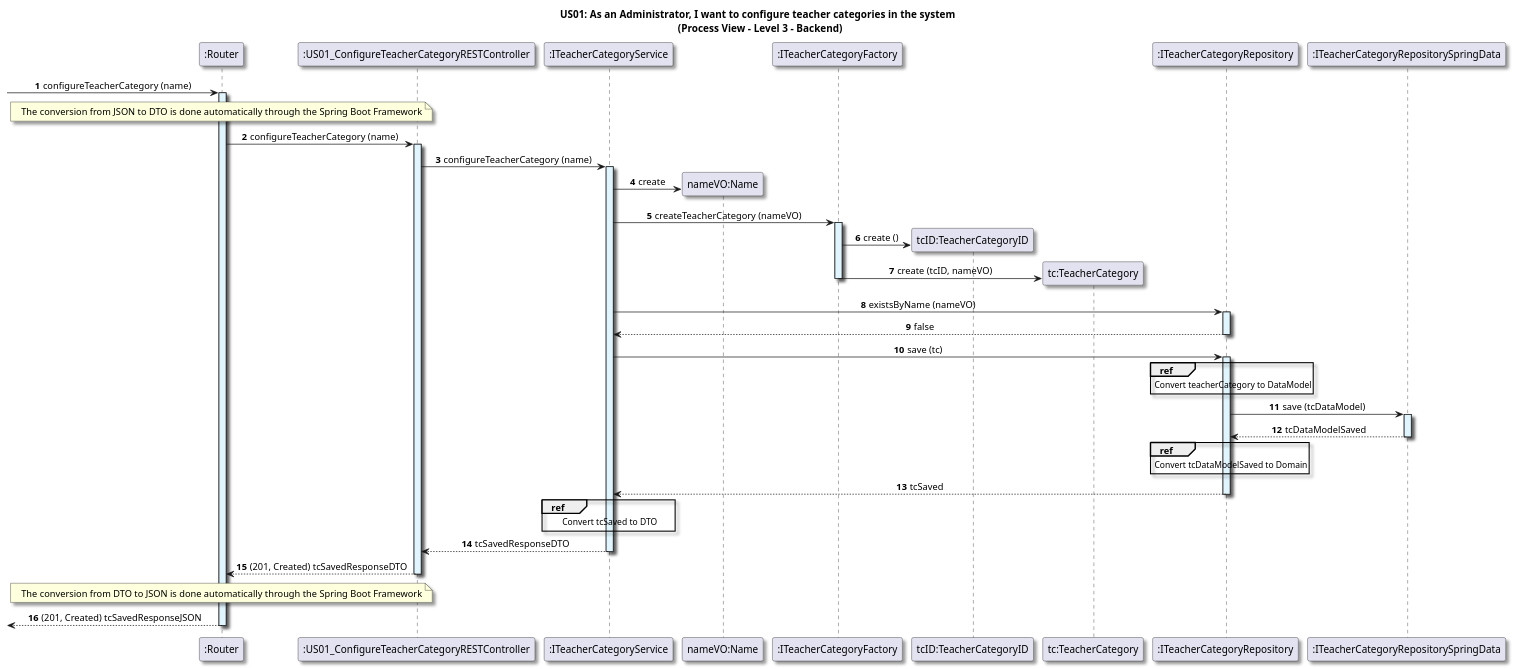
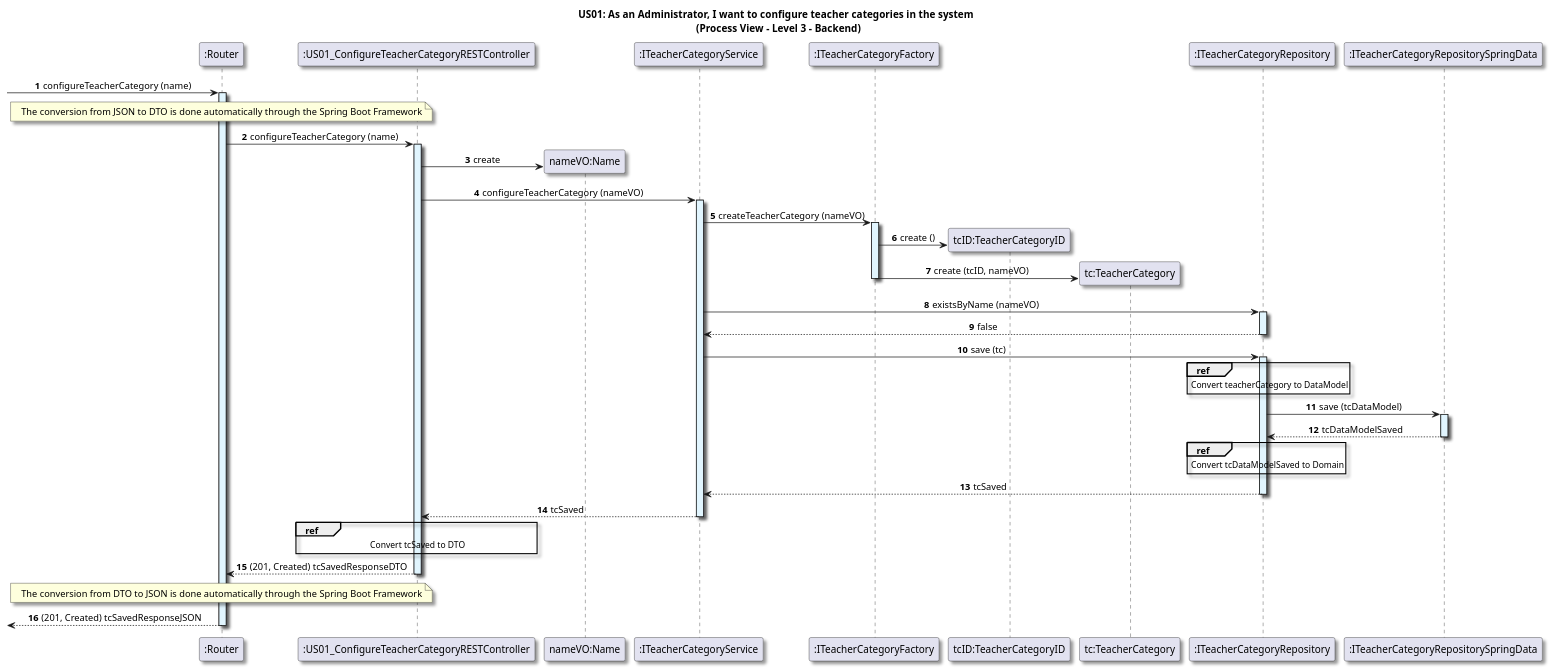
The diagram in docs/US01/Sprint6_RestAPI/ProcessView/Level3.puml (GasparISEP/DevOps-PAI), drawn with PlantUML before and after one commit. The commit also changed 1 other file, not shown here.

Commit message:
feat (diagram): Create reference to process view at level 3 diagram (#532, #541)

```diff
--- a/docs/US01/Sprint6_RestAPI/ProcessView/Level3.puml
+++ b/docs/US01/Sprint6_RestAPI/ProcessView/Level3.puml
@@ -1,79 +1,80 @@
 @startuml
 
 title US01: As an Administrator, I want to configure teacher categories in the system \n (Process View - Level 3 - Backend)
 
 skinparam defaultTextAlignment center
 skinparam shadowing true
 
 autonumber
 
 participant ":Router" as router
 -> router: configureTeacherCategory (name)
 activate router #E1F5FE
 
 note over router: The conversion from JSON to DTO is done automatically through the Spring Boot Framework
 
 participant ":US01_ConfigureTeacherCategoryRESTController" as Controller
 router -> Controller: configureTeacherCategory (name)
 activate Controller #E1F5FE
 
+create "nameVO:Name"
+Controller -> "nameVO:Name": create
+
 participant ":ITeacherCategoryService" as service
-Controller -> service: configureTeacherCategory (name)
+Controller -> service: configureTeacherCategory (nameVO)
 activate service #E1F5FE
 
-create "nameVO:Name"
-service -> "nameVO:Name": create
 
 participant ":ITeacherCategoryFactory" as Factory
 service -> Factory: createTeacherCategory (nameVO)
 activate Factory #E1F5FE
 
 create "tcID:TeacherCategoryID"
 Factory -> "tcID:TeacherCategoryID": create ()
 
 create "tc:TeacherCategory"
 Factory -> "tc:TeacherCategory": create (tcID, nameVO)
 deactivate Factory
 
 participant ":ITeacherCategoryRepository" as Repository
 service -> Repository: existsByName (nameVO)
 activate Repository #E1F5FE
 Repository --> service: false
 deactivate Repository
 
 service -> Repository: save (tc)
 activate Repository #E1F5FE
 
 ref over Repository
     Convert teacherCategory to DataModel
 end
 
 participant ":ITeacherCategoryRepositorySpringData" as springDataRepository
 Repository -> springDataRepository: save (tcDataModel)
 activate springDataRepository #E1F5FE
 springDataRepository --> Repository : tcDataModelSaved
 deactivate springDataRepository
 
 ref over Repository
     Convert tcDataModelSaved to Domain
 end
 
 Repository --> service: tcSaved
 deactivate Repository
 
-ref over service
+service --> Controller: tcSaved
+deactivate service
+
+ref over Controller
     Convert tcSaved to DTO
 end
-
-service --> Controller: tcSavedResponseDTO
-deactivate service
 
 Controller --> router: (201, Created) tcSavedResponseDTO
 deactivate Controller
 
 note over router: The conversion from DTO to JSON is done automatically through the Spring Boot Framework
 
 <-- router: (201, Created) tcSavedResponseJSON
 deactivate router
 
 @enduml
```
